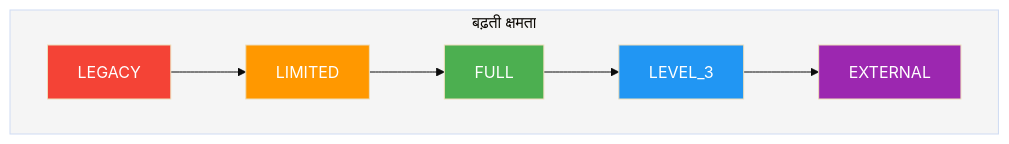
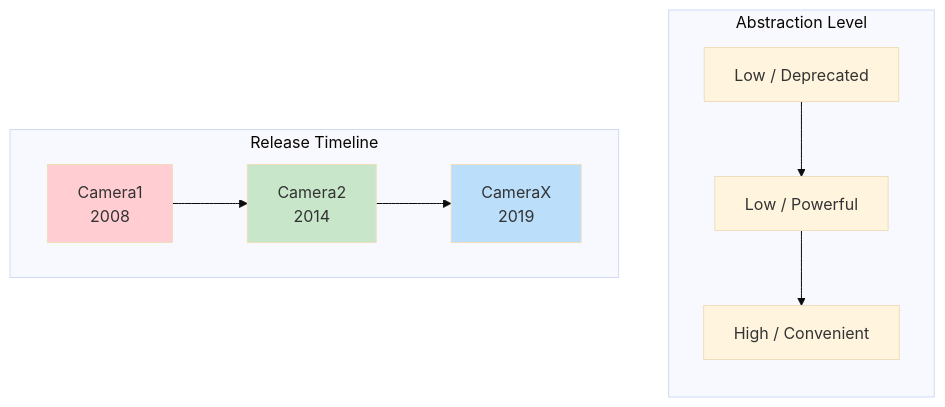
One commit to zoozooll/AndroidCameraParameters changed the first of 2 diagrams in website/i18n/hi/docusaurus-plugin-content-docs/current/camera2/welcome-to-android-camera2.md. Above: the diagram before and after it, drawn with Mermaid (base theme). The commit also changed other lines of this file and 470 other files, not shown here.

````diff
--- a/website/i18n/hi/docusaurus-plugin-content-docs/current/camera2/welcome-to-android-camera2.md
+++ b/website/i18n/hi/docusaurus-plugin-content-docs/current/camera2/welcome-to-android-camera2.md
@@ -477,17 +47,18 @@
 ```mermaid
 flowchart LR
-    subgraph LEVELS ["बढ़ती क्षमता"]
+    subgraph YEAR ["Release Timeline"]
         direction LR
-        L1["LEGACY"] --> L2["LIMITED"]
-        L2 --> L3["FULL"]
-        L3 --> L4["LEVEL_3"]
-        L4 --> L5["EXTERNAL"]
+        C1["Camera1<br/>2008"] --> C2["Camera2<br/>2014"] --> CX["CameraX<br/>2019"]
     end
     
-    style LEVELS fill:#F5F5F5
-    style L1 fill:#F44336,color:white
-    style L2 fill:#FF9800,color:white
-    style L3 fill:#4CAF50,color:white
-    style L4 fill:#2196F3,color:white
-    style L5 fill:#9C27B0,color:white
+    subgraph LEVEL ["Abstraction Level"]
+        direction TB
+        L1["Low / Deprecated"] --> L2["Low / Powerful"] --> L3["High / Convenient"]
+    end
+    
+    YEAR ~~~ LEVEL
+    
+    style C1 fill:#FFCDD2
+    style C2 fill:#C8E6C9
+    style CX fill:#BBDEFB
 ```
````
